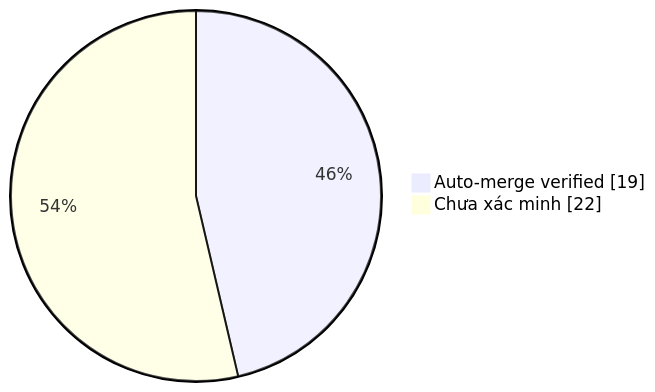
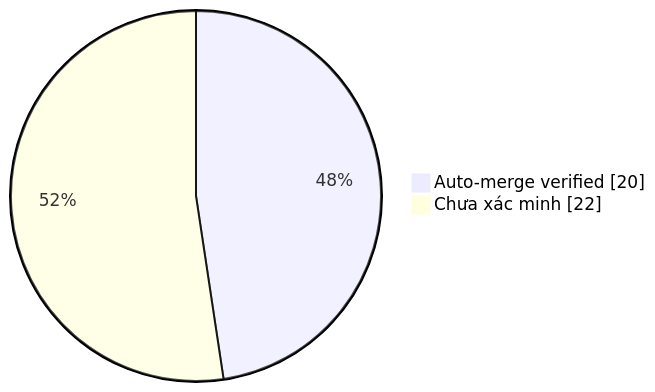
Before and after one commit to duykhang68/tetdinhmuiblog: the diagram in collector.md, drawn with Mermaid. The commit also changed other lines of this file and 1 other file, not shown here.

Commit message:
docs(collector): update auto-merge evidence dashboard

````diff
--- a/collector.md
+++ b/collector.md
@@ -22,5 +22,5 @@
 ```mermaid
 pie showData
-    "Auto-merge verified" : 19
+    "Auto-merge verified" : 20
     "Chưa xác minh" : 22
 ```
````
